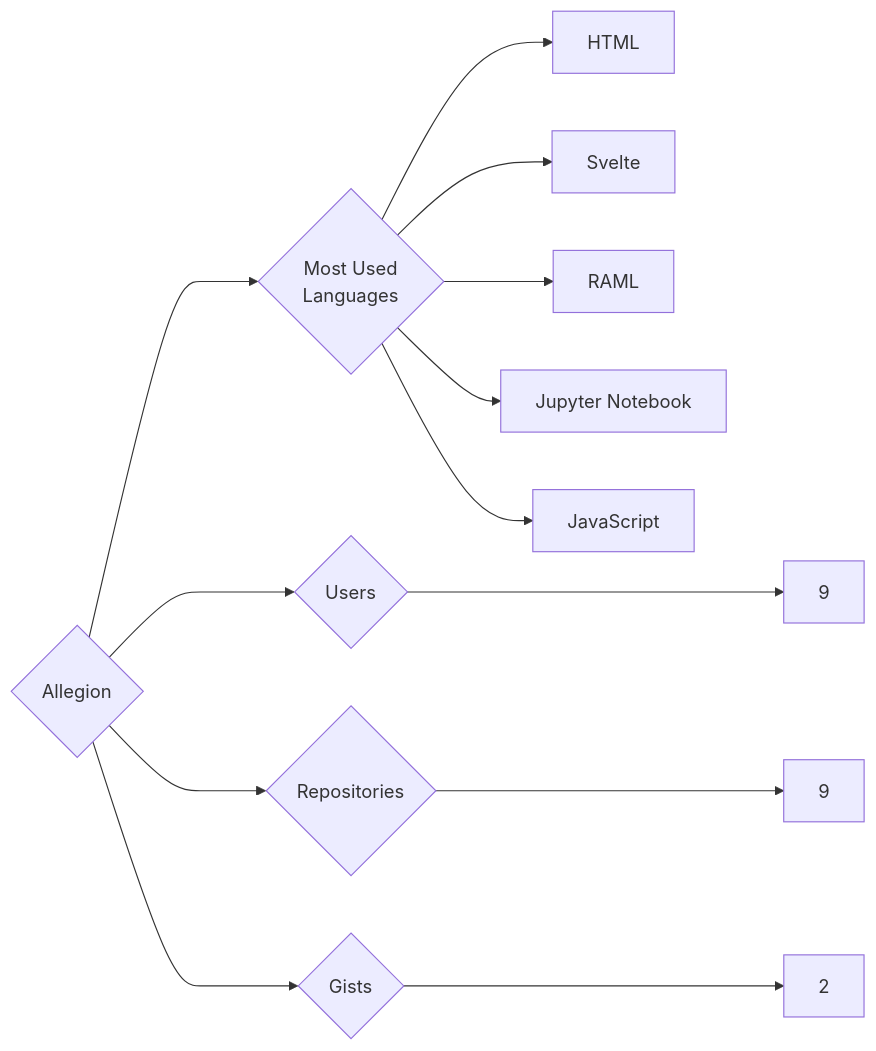
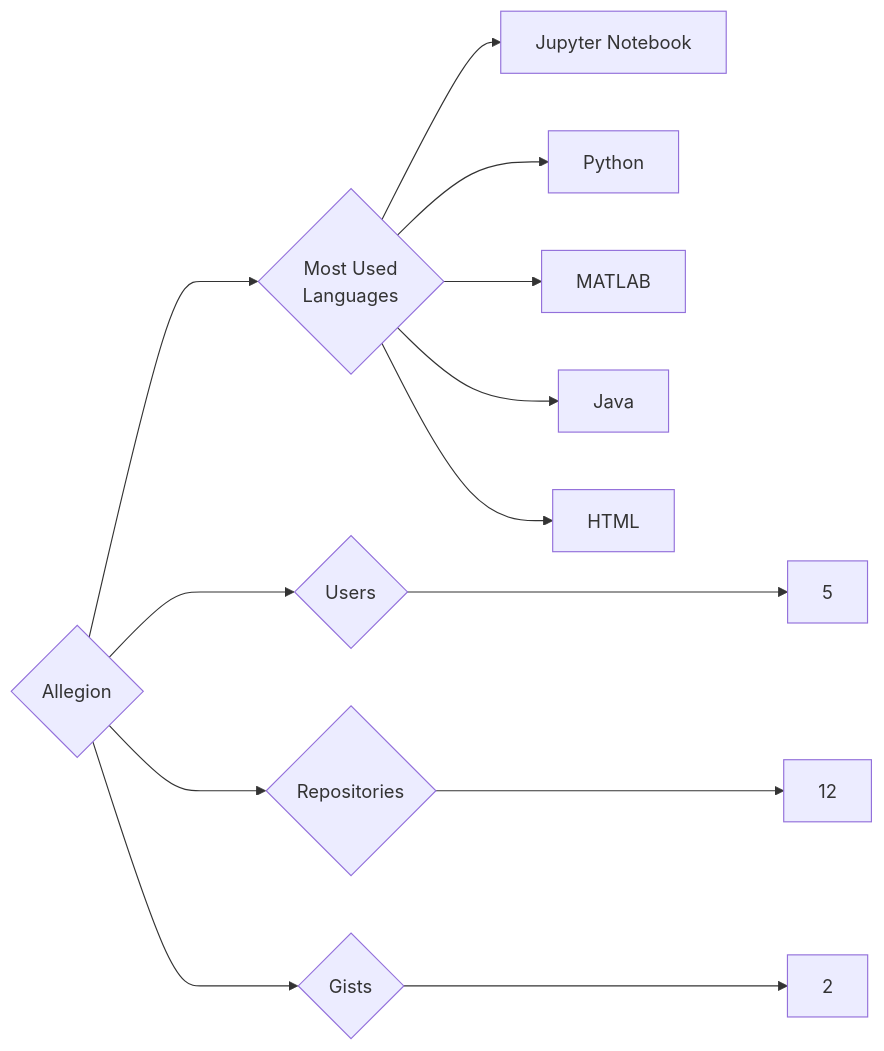
The diagram in targets/Allegion/README.md (trickest/insiders), drawn with Mermaid before and after one commit. The commit also changed 933 other files, not shown here.

````diff
--- a/targets/Allegion/README.md
+++ b/targets/Allegion/README.md
@@ -3,13 +3,13 @@
 ```mermaid
 graph LR
 COMPANY_NAME{Allegion}
-COMPANY_NAME ---> U{Users} ---> UN[9]
-COMPANY_NAME ---> R{Repositories} ---> RN[9]
+COMPANY_NAME ---> U{Users} ---> UN[5]
+COMPANY_NAME ---> R{Repositories} ---> RN[12]
 COMPANY_NAME ---> G{Gists} ---> GN[2]
 COMPANY_NAME ---> ML{Most Used<br>Languages}
+ML --> Jupyter_Notebook[Jupyter Notebook]
+ML --> Python[Python]
+ML --> MATLAB[MATLAB]
+ML --> Java[Java]
 ML --> HTML[HTML]
-ML --> Svelte[Svelte]
-ML --> RAML[RAML]
-ML --> Jupyter_Notebook[Jupyter Notebook]
-ML --> JavaScript[JavaScript]
 ```
````
